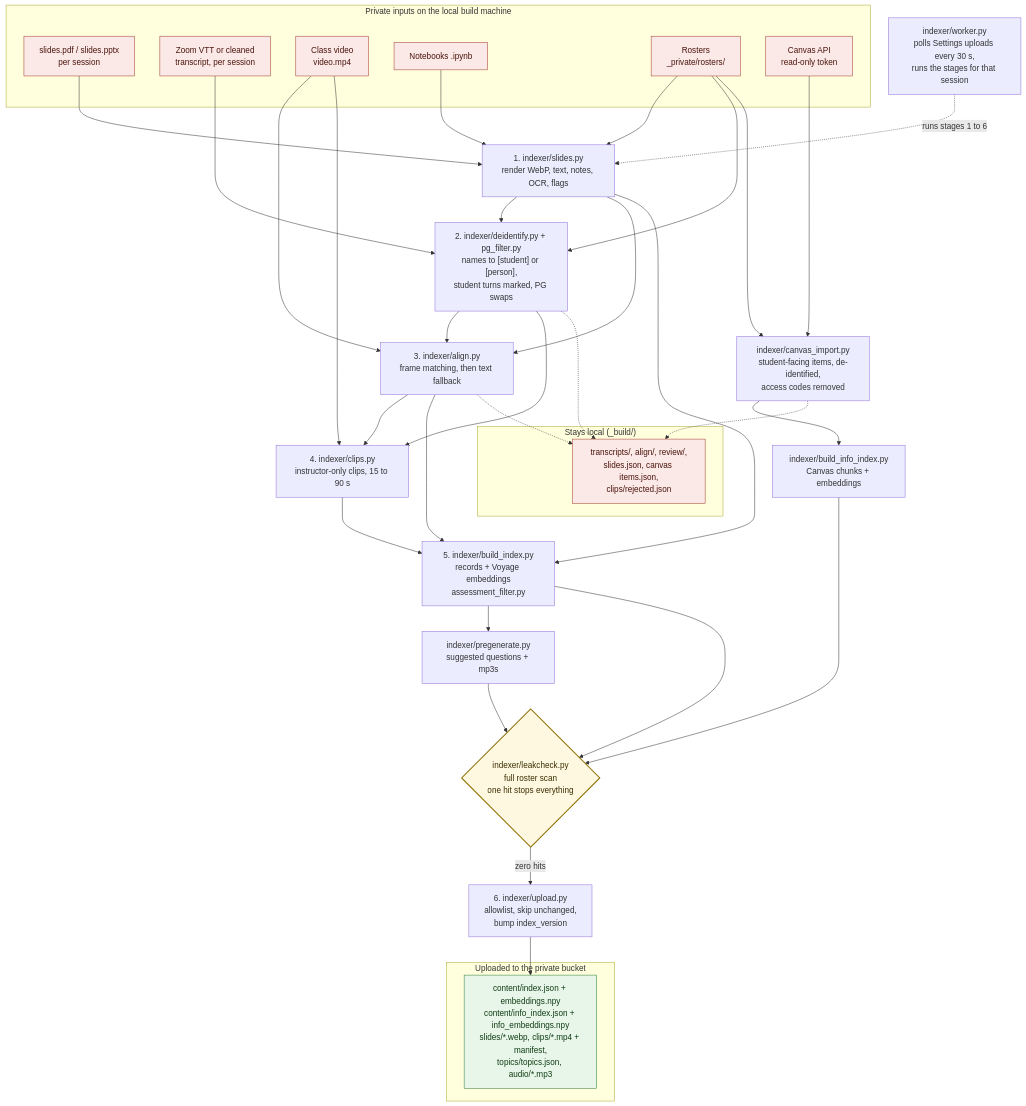
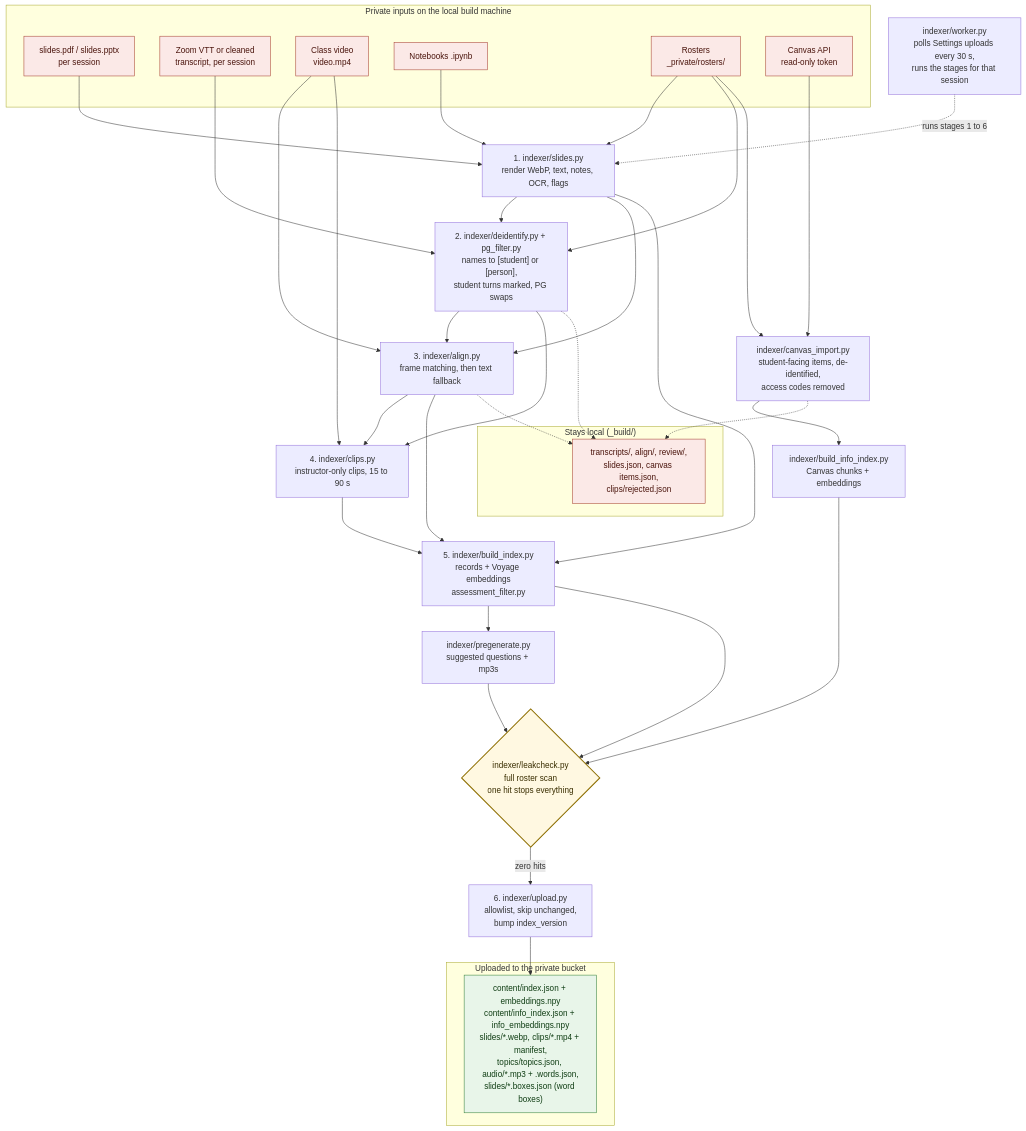
One commit to bcollier/faculty-twin changed the fourth of 7 diagrams in docs/ARCHITECTURE.md. Above: the diagram before and after it, drawn with Mermaid. The commit also changed other lines of this file and 41 other files, not shown here.

First line of the commit message:
Read-along: the narration box follows the voice word by word and the slide lights up where the narrator is (word timings for every voice tier, slide word boxes) (#91)

````diff
--- a/docs/ARCHITECTURE.md
+++ b/docs/ARCHITECTURE.md
@@ -197,68 +200,68 @@
 ```mermaid
 flowchart TD
     classDef private fill:#fbe9e7,stroke:#a33a2a,color:#4a140c
     classDef upload fill:#e8f5e9,stroke:#2e7d32,color:#0f3d13
     classDef gate fill:#fff8e1,stroke:#8d6e00,stroke-width:2px,color:#3a2e00
 
     subgraph In["Private inputs on the local build machine"]
         PDF["slides.pdf / slides.pptx<br/>per session"]
         VTT["Zoom VTT or cleaned<br/>transcript, per session"]
         MP4["Class video<br/>video.mp4"]
         NB["Notebooks .ipynb"]
         ROS["Rosters<br/>_private/rosters/"]
         CVS["Canvas API<br/>read-only token"]
     end
 
     S1["1. indexer/slides.py<br/>render WebP, text, notes, OCR, flags"]
     S2["2. indexer/deidentify.py + pg_filter.py<br/>names to [student] or [person],<br/>student turns marked, PG swaps"]
     S3["3. indexer/align.py<br/>frame matching, then text fallback"]
     S4["4. indexer/clips.py<br/>instructor-only clips, 15 to 90 s"]
     CI["indexer/canvas_import.py<br/>student-facing items, de-identified,<br/>access codes removed"]
     S5["5. indexer/build_index.py<br/>records + Voyage embeddings<br/>assessment_filter.py"]
     S5B["indexer/build_info_index.py<br/>Canvas chunks + embeddings"]
     PRE["indexer/pregenerate.py<br/>suggested questions + mp3s"]
     LEAK{"indexer/leakcheck.py<br/>full roster scan<br/>one hit stops everything"}
     S6["6. indexer/upload.py<br/>allowlist, skip unchanged,<br/>bump index_version"]
     WK["indexer/worker.py<br/>polls Settings uploads every 30 s,<br/>runs the stages for that session"]
 
     subgraph Keep["Stays local (_build/)"]
         TR["transcripts/, align/, review/,<br/>slides.json, canvas items.json,<br/>clips/rejected.json"]
     end
 
     subgraph Up["Uploaded to the private bucket"]
-        OUT["content/index.json + embeddings.npy<br/>content/info_index.json + info_embeddings.npy<br/>slides/*.webp, clips/*.mp4 + manifest,<br/>topics/topics.json, audio/*.mp3"]
+        OUT["content/index.json + embeddings.npy<br/>content/info_index.json + info_embeddings.npy<br/>slides/*.webp, clips/*.mp4 + manifest,<br/>topics/topics.json, audio/*.mp3 + .words.json,<br/>slides/*.boxes.json (word boxes)"]
     end
 
     PDF --> S1
     NB --> S1
     ROS --> S1
     VTT --> S2
     ROS --> S2
     S1 --> S2
     S2 --> S3
     MP4 --> S3
     S1 --> S3
     S3 --> S4
     MP4 --> S4
     S2 --> S4
     S1 --> S5
     S3 --> S5
     S4 --> S5
     CVS --> CI
     ROS --> CI
     CI --> S5B
     S5 --> PRE
     S5 --> LEAK
     S5B --> LEAK
     PRE --> LEAK
     LEAK -- "zero hits" --> S6
     S6 --> OUT
     S2 -.-> TR
     S3 -.-> TR
     CI -.-> TR
     WK -. "runs stages 1 to 6" .-> S1
 
     class PDF,VTT,MP4,NB,ROS,CVS,TR private
     class OUT upload
     class LEAK gate
 ```
````
